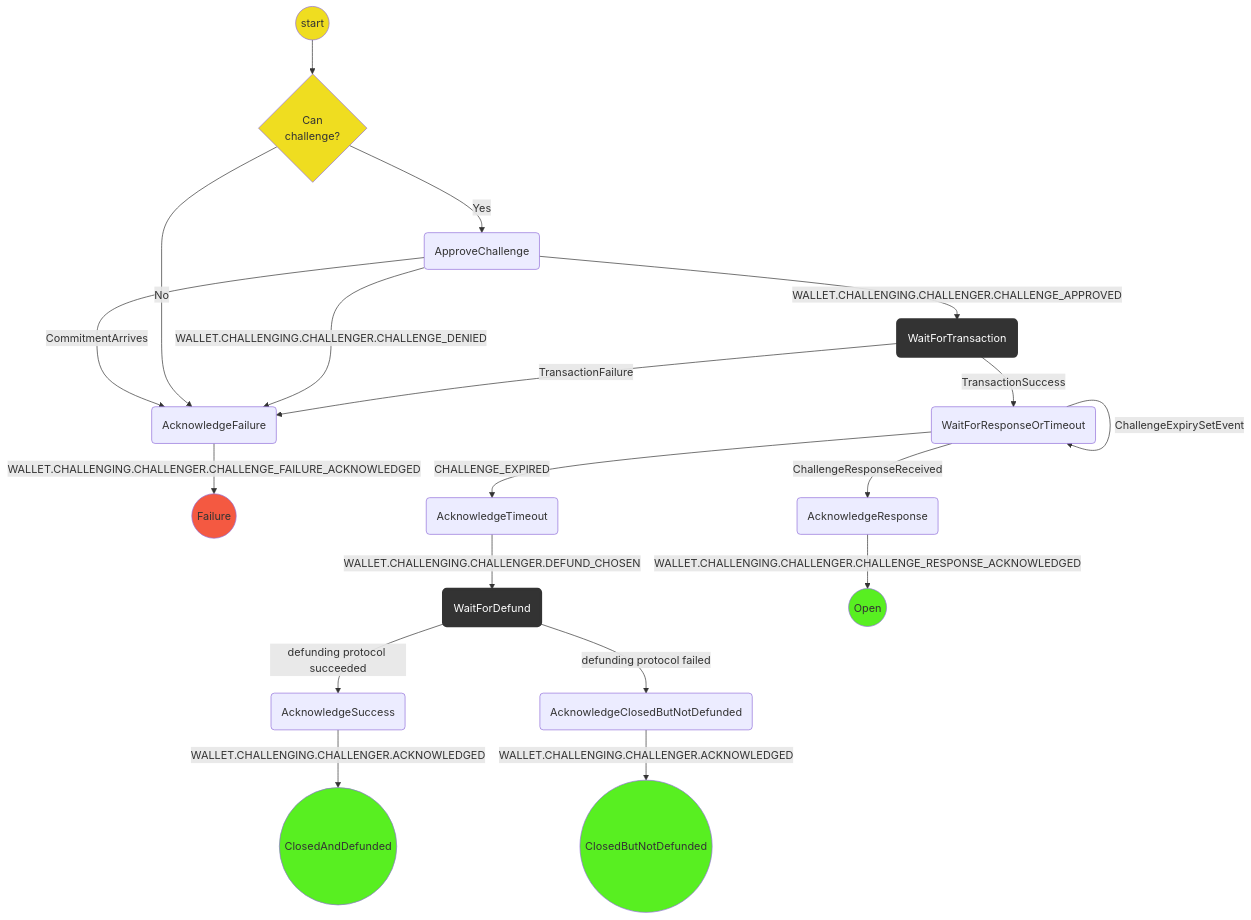
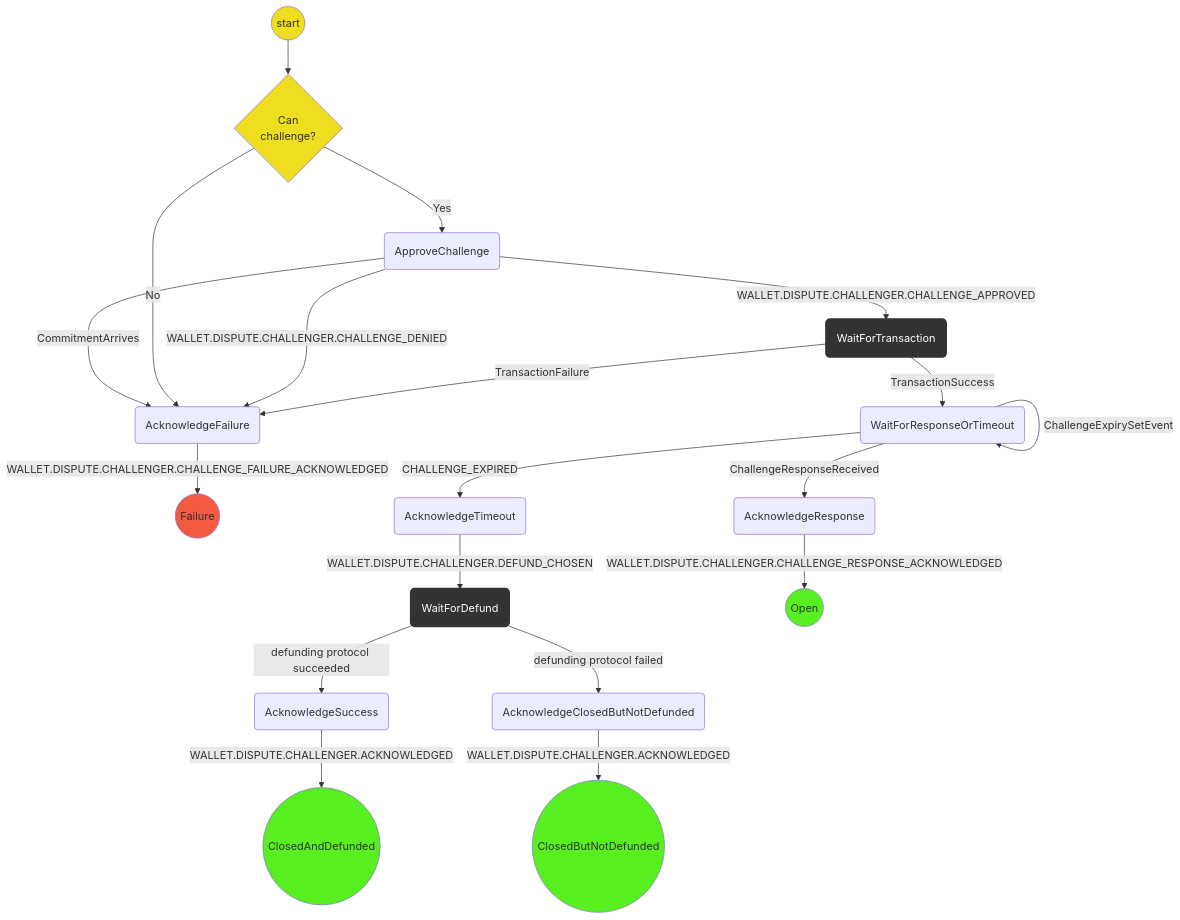
Before and after one commit to statechannels/statechannels: the diagram in packages/rps/packages/wallet/src/redux/protocols/dispute/challenger/readme.md, drawn with Mermaid. The commit also changed 60 other files, not shown here.

````diff
--- a/packages/rps/packages/wallet/src/redux/protocols/dispute/challenger/readme.md
+++ b/packages/rps/packages/wallet/src/redux/protocols/dispute/challenger/readme.md
@@ -21,30 +21,30 @@
 ```mermaid
 graph TD
 linkStyle default interpolate basis
   S((start)) --> CE{Can<br/>challenge?}
   CE --> |Yes| WFA(ApproveChallenge)
   WFA --> |CommitmentArrives| AF
-  WFA --> |WALLET.CHALLENGING.CHALLENGER.CHALLENGE_APPROVED| WFT(WaitForTransaction)
+  WFA --> |WALLET.DISPUTE.CHALLENGER.CHALLENGE_APPROVED| WFT(WaitForTransaction)
   CE --> |No| AF
-  WFA --> |WALLET.CHALLENGING.CHALLENGER.CHALLENGE_DENIED| AF(AcknowledgeFailure)
-  AF --> |WALLET.CHALLENGING.CHALLENGER.CHALLENGE_FAILURE_ACKNOWLEDGED| F((Failure))
+  WFA --> |WALLET.DISPUTE.CHALLENGER.CHALLENGE_DENIED| AF(AcknowledgeFailure)
+  AF --> |WALLET.DISPUTE.CHALLENGER.CHALLENGE_FAILURE_ACKNOWLEDGED| F((Failure))
   WFT --> |TransactionSuccess| WFRT(WaitForResponseOrTimeout)
   WFT --> |TransactionFailure| AF
   WFRT --> |CHALLENGE_EXPIRED| AT(AcknowledgeTimeout)
   WFRT -->|ChallengeExpirySetEvent| WFRT
-  AT --> |WALLET.CHALLENGING.CHALLENGER.DEFUND_CHOSEN| D(WaitForDefund)
+  AT --> |WALLET.DISPUTE.CHALLENGER.DEFUND_CHOSEN| D(WaitForDefund)
   D   --> |defunding protocol succeeded| AS(AcknowledgeSuccess)
   D   --> |defunding protocol failed| ACBND(AcknowledgeClosedButNotDefunded)
-  ACBND -->|WALLET.CHALLENGING.CHALLENGER.ACKNOWLEDGED| SCBND((ClosedButNotDefunded))
-  AS -->|WALLET.CHALLENGING.CHALLENGER.ACKNOWLEDGED| SCD((ClosedAndDefunded))
+  ACBND -->|WALLET.DISPUTE.CHALLENGER.ACKNOWLEDGED| SCBND((ClosedButNotDefunded))
+  AS -->|WALLET.DISPUTE.CHALLENGER.ACKNOWLEDGED| SCD((ClosedAndDefunded))
   WFRT --> |ChallengeResponseReceived| AR(AcknowledgeResponse)
-  AR --> |WALLET.CHALLENGING.CHALLENGER.CHALLENGE_RESPONSE_ACKNOWLEDGED| SP((Open))
+  AR --> |WALLET.DISPUTE.CHALLENGER.CHALLENGE_RESPONSE_ACKNOWLEDGED| SP((Open))
   classDef logic fill:#efdd20;
   classDef Success fill:#58ef21;
   classDef Failure fill:#f45941;
   classDef WaitForChildProtocol stroke:#333,stroke-width:4px,color:#ffff,fill:#333;
   class S,CE logic;
   class SP,SCD,SCBND Success;
   class F Failure;
   class WFT,D WaitForChildProtocol;
 ```
````
